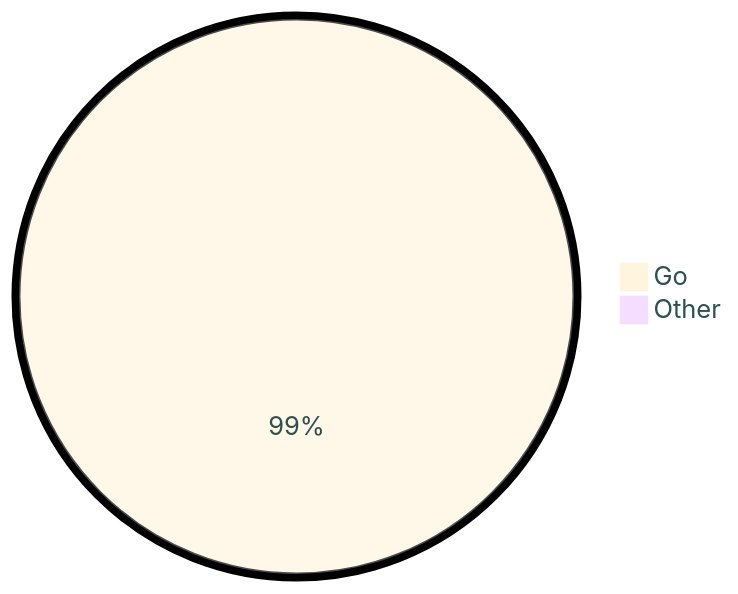
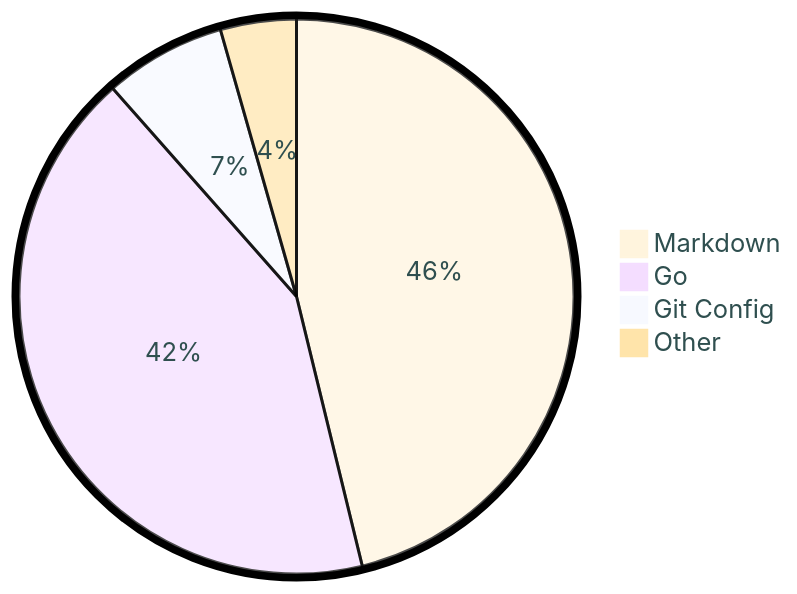
The diagram in README.md (tot0p/tot0p), drawn with Mermaid before and after one commit. The commit also changed other lines of this file, not shown here.

````diff
--- a/README.md
+++ b/README.md
@@ -114,6 +119,8 @@
 ```mermaid
 %%{init: {"pie": {"textPosition": 0.5}, "themeVariables": {"pieOuterStrokeWidth": "5px","primaryTextColor" : "#2F4F4F"},"theme":"base"} }%%
 pie
-	"Go": 99.22
-	"Other": 0.78
+	"Markdown": 46.19
+	"Go": 42.3
+	"Git Config": 7.09
+	"Other": 4.42
 ```
````
